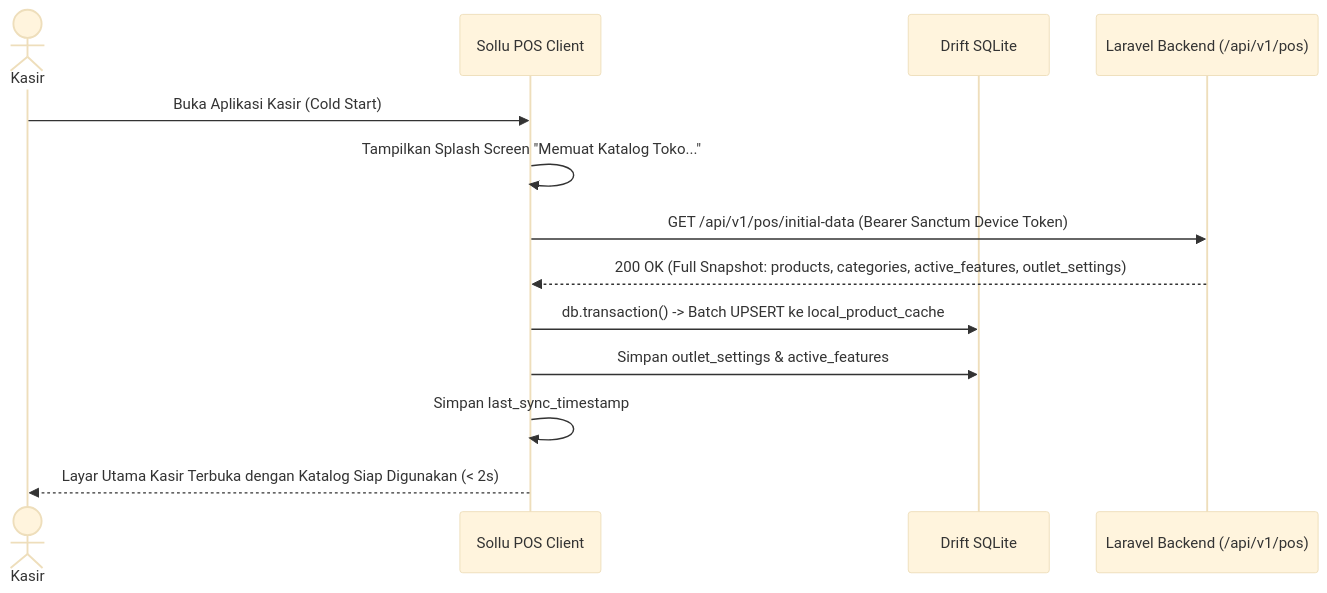
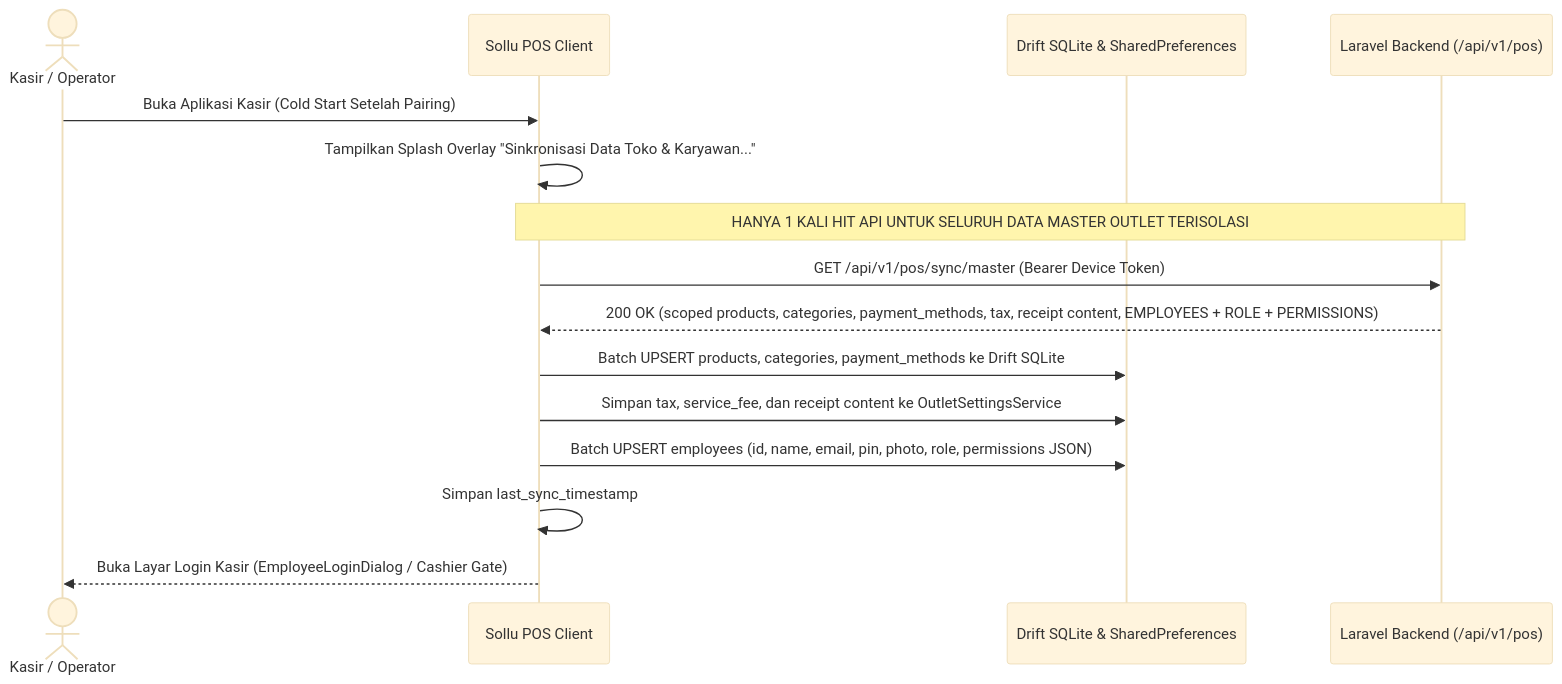
Before and after one commit to whykrr/sollu-app: the first of 3 diagrams in prd/PRD Transaksi - Channel POS V1.2 Initial Master Data, Hardware Printer & Core Register Screens.md, drawn with Mermaid (base theme). The commit also changed other lines of this file and 31 other files, not shown here.

First line of the commit message:
feat(pos): implement device unpairing functionality and related events

````diff
--- a/prd/PRD Transaksi - Channel POS V1.2 Initial Master Data, Hardware Printer & Core Register Screens.md
+++ b/prd/PRD Transaksi - Channel POS V1.2 Initial Master Data, Hardware Printer & Core Register Screens.md
@@ -82,16 +137,21 @@
 ```mermaid
 sequenceDiagram
-    actor Cashier as Kasir
+    actor Cashier as Kasir / Operator
     participant App as Sollu POS Client
-    participant LocalDB as Drift SQLite
-    participant API as Laravel Backend (/api/v1/pos)
+    participant LocalDB as Drift SQLite & SharedPreferences
+    participant Backend as Laravel Backend (/api/v1/pos)
 
-    Cashier->>App: Buka Aplikasi Kasir (Cold Start)
-    App->>App: Tampilkan Splash Screen "Memuat Katalog Toko..."
-    App->>API: GET /api/v1/pos/initial-data (Bearer Sanctum Device Token)
-    API-->>App: 200 OK (Full Snapshot: products, categories, active_features, outlet_settings)
-    App->>LocalDB: db.transaction() -> Batch UPSERT ke local_product_cache
-    App->>LocalDB: Simpan outlet_settings & active_features
+    Cashier->>App: Buka Aplikasi Kasir (Cold Start Setelah Pairing)
+    App->>App: Tampilkan Splash Overlay "Sinkronisasi Data Toko & Karyawan..."
+    
+    Note over App,Backend: HANYA 1 KALI HIT API UNTUK SELURUH DATA MASTER OUTLET TERISOLASI
+    App->>Backend: GET /api/v1/pos/sync/master (Bearer Device Token)
+    Backend-->>App: 200 OK (scoped products, categories, payment_methods, tax, receipt content, EMPLOYEES + ROLE + PERMISSIONS)
+    
+    App->>LocalDB: Batch UPSERT products, categories, payment_methods ke Drift SQLite
+    App->>LocalDB: Simpan tax, service_fee, dan receipt content ke OutletSettingsService
+    App->>LocalDB: Batch UPSERT employees (id, name, email, pin, photo, role, permissions JSON)
+    
     App->>App: Simpan last_sync_timestamp
-    App-->>Cashier: Layar Utama Kasir Terbuka dengan Katalog Siap Digunakan (< 2s)
+    App-->>Cashier: Buka Layar Login Kasir (EmployeeLoginDialog / Cashier Gate)
 ```
````
